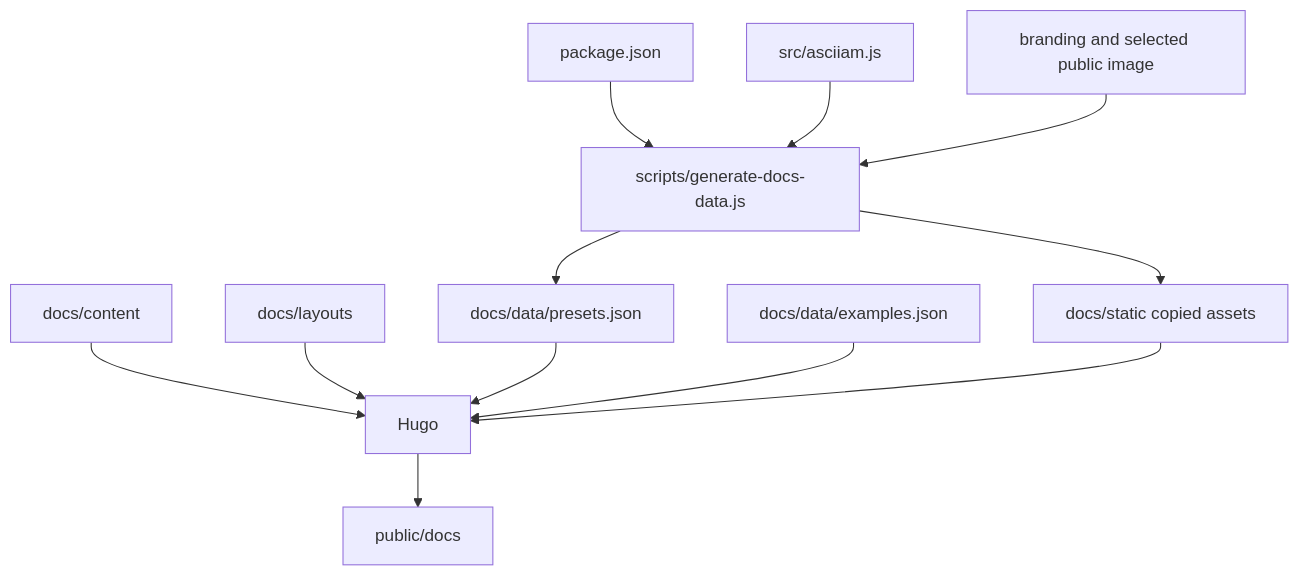
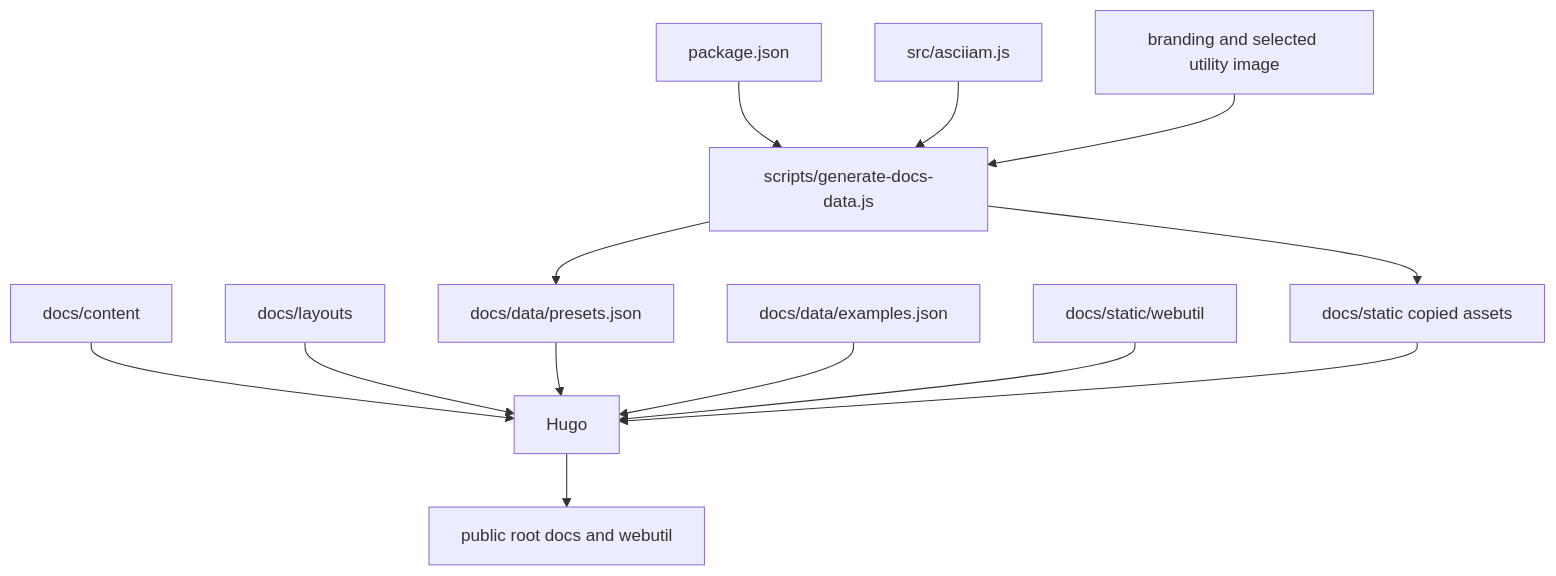
The diagram in architecture/documentation.md (staticcanvas/asciiam), drawn with Mermaid before and after one commit. The commit also changed other lines of this file and 196 other files, not shown here.

````diff
--- a/architecture/documentation.md
+++ b/architecture/documentation.md
@@ -7,14 +9,15 @@
 ```mermaid
 flowchart TD
   Package[package.json] --> Generator[scripts/generate-docs-data.js]
   Runtime[src/asciiam.js] --> Generator
-  Assets[branding and selected public image] --> Generator
+  Assets[branding and selected utility image] --> Generator
   Generator --> Data[docs/data/presets.json]
   Generator --> Static[docs/static copied assets]
   Content[docs/content] --> Hugo
   Layouts[docs/layouts] --> Hugo
   Data --> Hugo
   Examples[docs/data/examples.json] --> Hugo
+  Utility[docs/static/webutil] --> Hugo
   Static --> Hugo
-  Hugo --> Output[public/docs]
+  Hugo --> Output[public root docs and webutil]
 ```
````
